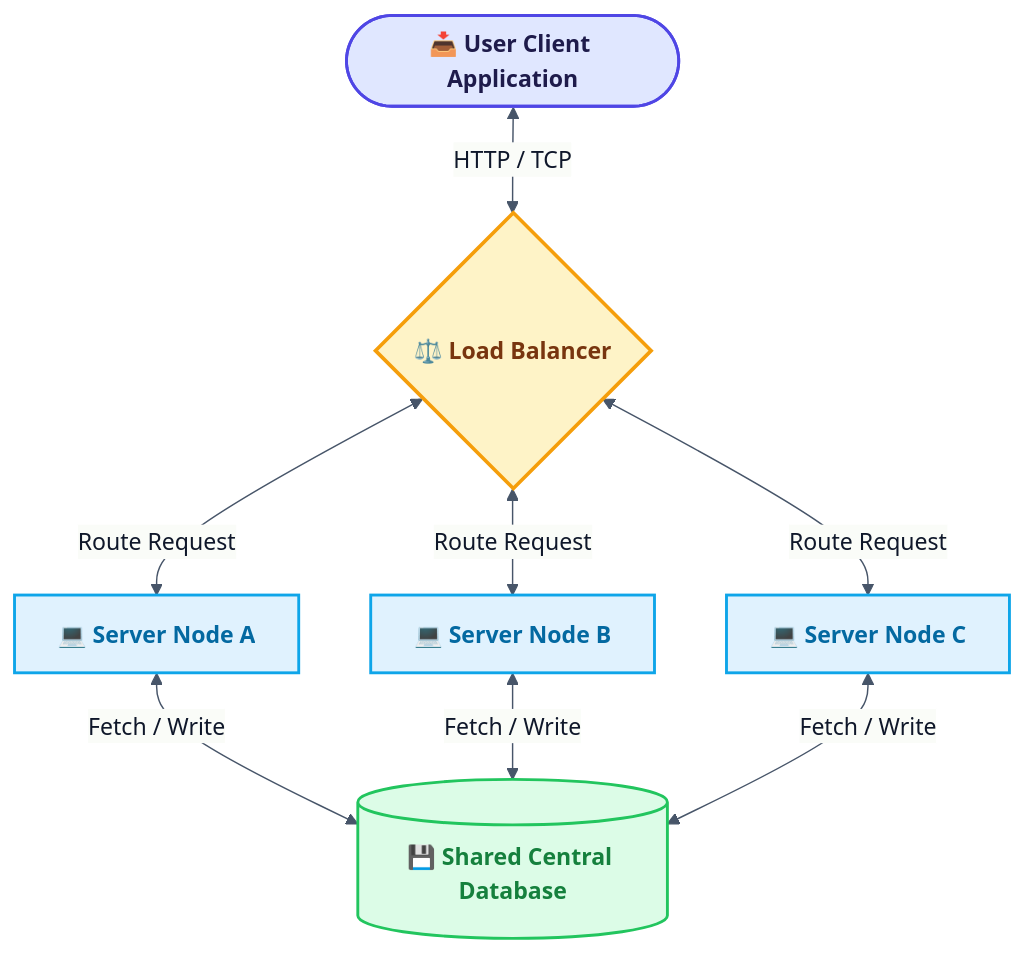
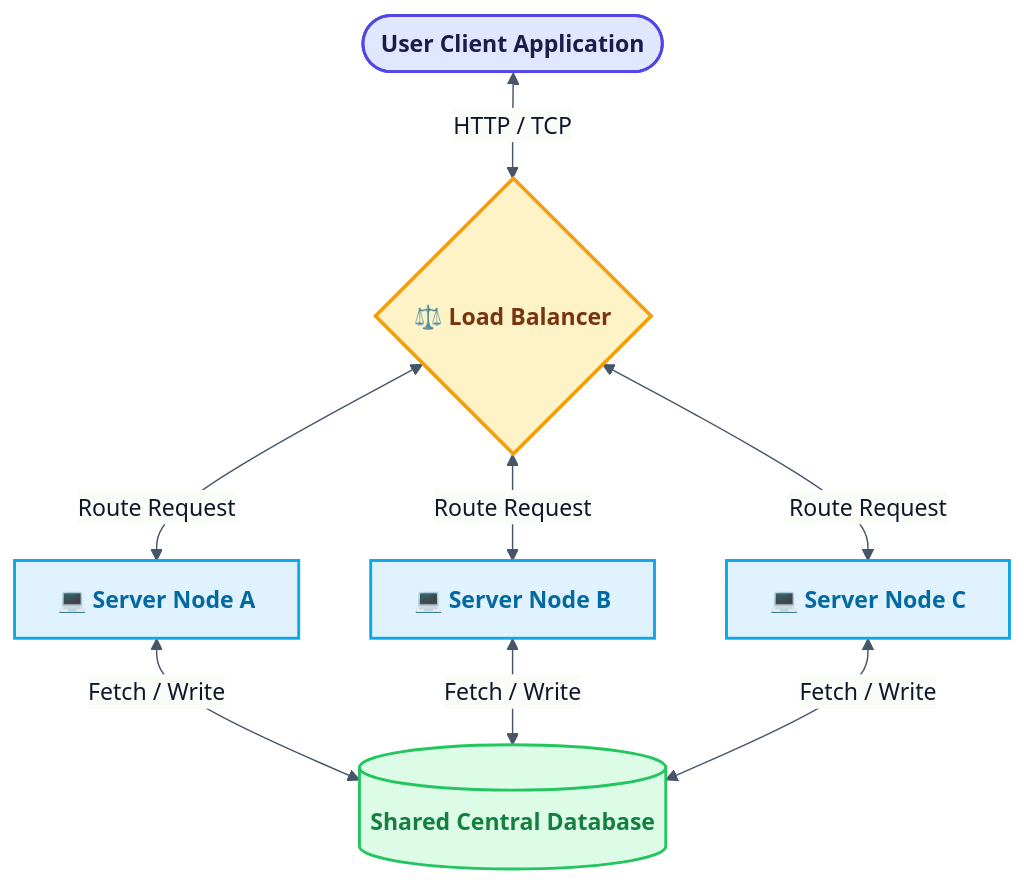
Before and after one commit to RameenAnwar/PDC-SP26-SE: the first of 8 diagrams in 23FA-025-SE/Chapter06/README.md, drawn with Mermaid. The commit also changed other lines of this file and 5 other files, not shown here.

````diff
--- a/23FA-025-SE/Chapter06/README.md
+++ b/23FA-025-SE/Chapter06/README.md
@@ -60,23 +60,23 @@
 ```mermaid
 %%{init: {'theme': 'base', 'themeVariables': { 'lineColor': '#475569', 'primaryColor': '#f8fafc', 'primaryTextColor': '#0f172a', 'primaryBorderColor': '#cbd5e1' }}}%%
 flowchart TD
     %% Premium Distributed System/Load Balancing
     classDef client fill:#e0e7ff,stroke:#4f46e5,stroke-width:2px,color:#1e1b4b,font-weight:bold
     classDef lb fill:#fef3c7,stroke:#f59e0b,stroke-width:2.5px,color:#78350f,font-weight:bold
     classDef node fill:#e0f2fe,stroke:#0ea5e9,stroke-width:2px,color:#0369a1,font-weight:bold
     classDef db fill:#dcfce7,stroke:#22c55e,stroke-width:2px,color:#15803d,font-weight:bold
 
-    User(["📥 User Client Application"]) <-->|"HTTP / TCP"| LoadBalancer{"⚖️ Load Balancer"}
+    User([" User Client Application"]) <-->|"HTTP / TCP"| LoadBalancer{"⚖️ Load Balancer"}
     LoadBalancer <-->|"Route Request"| Server1["💻 Server Node A"]
     LoadBalancer <-->|"Route Request"| Server2["💻 Server Node B"]
     LoadBalancer <-->|"Route Request"| Server3["💻 Server Node C"]
     
-    Server1 <-->|"Fetch / Write"| DB[("💾 Shared Central Database")]
+    Server1 <-->|"Fetch / Write"| DB[(" Shared Central Database")]
     Server2 <-->|"Fetch / Write"| DB
     Server3 <-->|"Fetch / Write"| DB
 
     class User client
     class LoadBalancer lb
     class Server1,Server2,Server3 node
     class DB db
 ```
````
